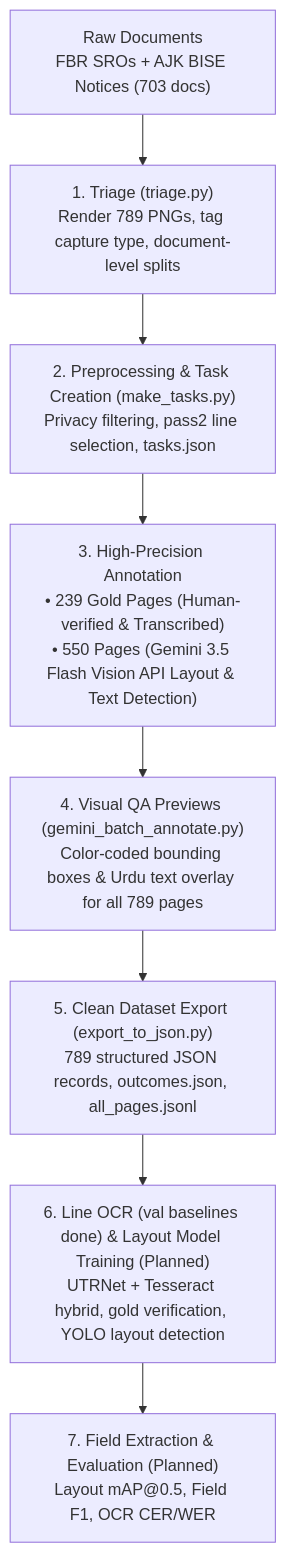
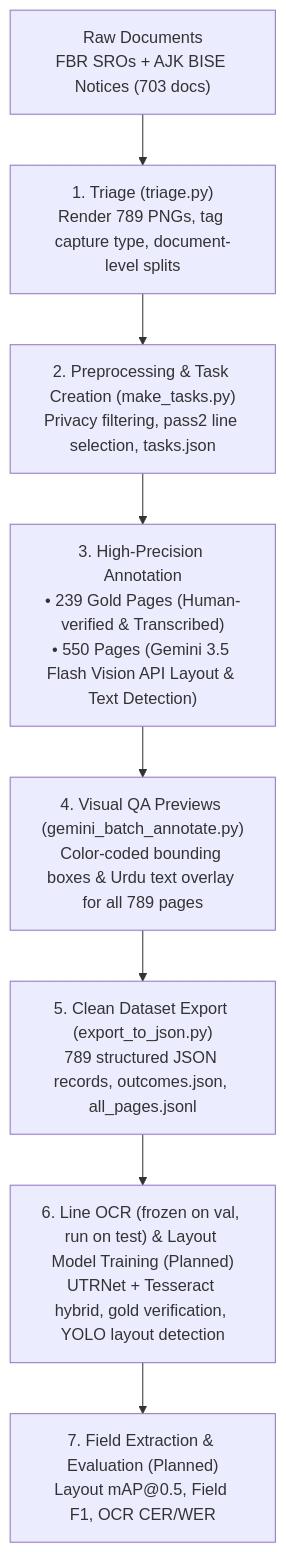
Before and after one commit to AleenaAhmed007/Nastaliq-Document-Intelligence: the diagram in README.md, drawn with Mermaid. The commit also changed other lines of this file and 30 other files, not shown here.

First line of the commit message:
Freeze hybrid OCR routing on verified val and run once on test splits

````diff
--- a/README.md
+++ b/README.md
@@ -13,10 +13,10 @@
 ```mermaid
 flowchart TD
     A["Raw Documents<br/>FBR SROs + AJK BISE Notices (703 docs)"] --> B["1. Triage (triage.py)<br/>Render 789 PNGs, tag capture type, document-level splits"]
     B --> C["2. Preprocessing & Task Creation (make_tasks.py)<br/>Privacy filtering, pass2 line selection, tasks.json"]
     C --> D["3. High-Precision Annotation<br/>• 239 Gold Pages (Human-verified & Transcribed)<br/>• 550 Pages (Gemini 3.5 Flash Vision API Layout & Text Detection)"]
     D --> E["4. Visual QA Previews (gemini_batch_annotate.py)<br/>Color-coded bounding boxes & Urdu text overlay for all 789 pages"]
     E --> F["5. Clean Dataset Export (export_to_json.py)<br/>789 structured JSON records, outcomes.json, all_pages.jsonl"]
-    F --> G["6. Line OCR (val baselines done) & Layout Model Training (Planned)<br/>UTRNet + Tesseract hybrid, gold verification, YOLO layout detection"]
+    F --> G["6. Line OCR (frozen on val, run on test) & Layout Model Training (Planned)<br/>UTRNet + Tesseract hybrid, gold verification, YOLO layout detection"]
     G --> H["7. Field Extraction & Evaluation (Planned)<br/>Layout mAP@0.5, Field F1, OCR CER/WER"]
 ```
````
